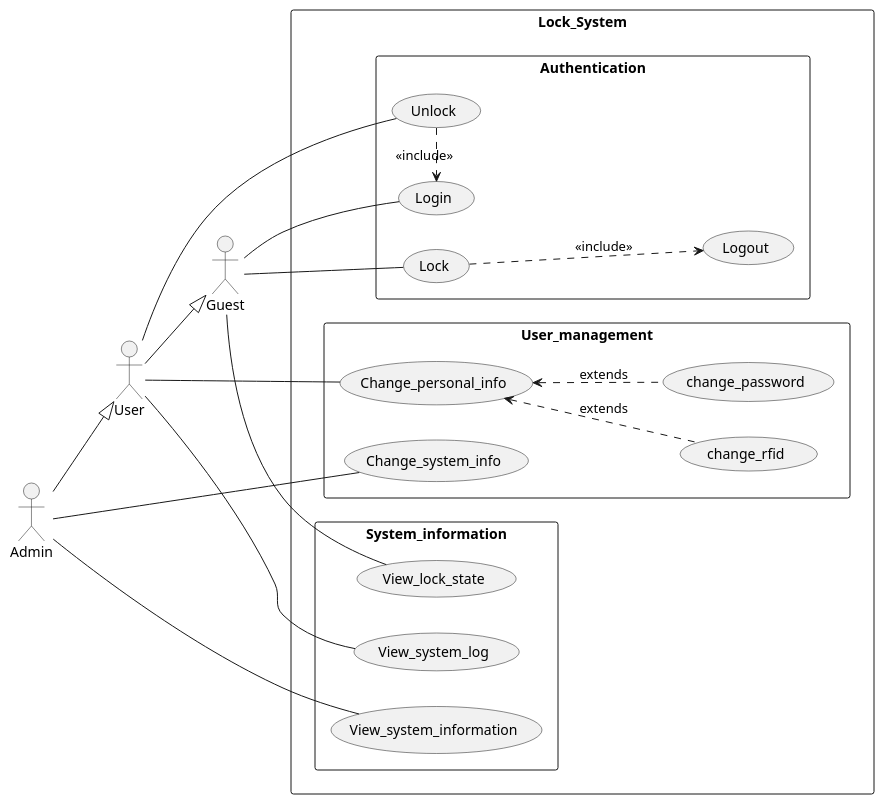
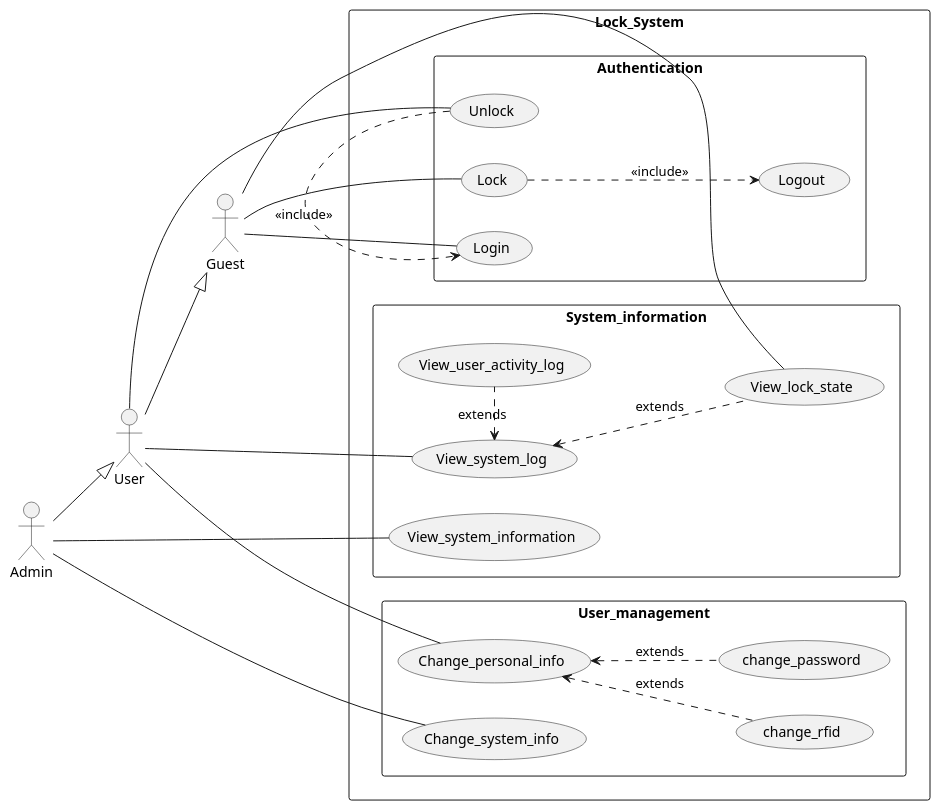
The diagram in final_project/document/usecase_1_full_function.wsd (PDucMinh/Smart-Lock-ITRVN), drawn with PlantUML before and after one commit.

Commit message:
update: add usecase management for uc diagram

```diff
--- a/final_project/document/usecase_1_full_function.wsd
+++ b/final_project/document/usecase_1_full_function.wsd
@@ -1,44 +1,47 @@
 @startuml usecase_1_full_function
 left to right direction
 actor Admin as ad 
 actor User as us 
 actor Guest as gu 
 rectangle Lock_System {
     rectangle Authentication {
         usecase Login as lg  
         usecase Lock as l 
         usecase Unlock as unl 
         usecase Logout as lo 
         unl .> lg : <<include>>
         l ..> lo : <<include>>
     }
     rectangle User_management {
         usecase Change_personal_info as cpi
         usecase Change_system_info as csi 
         usecase change_password
         usecase change_rfid
         cpi <.. change_password : extends
         cpi <.. change_rfid : extends
     }
     rectangle System_information {
         usecase View_system_log as vl 
         usecase View_system_information as vsi 
         usecase View_lock_state as vls  
+        usecase View_user_activity_log as vual
+        vl <. vual : extends
+        vl <.. vls : extends
     }
 }
 
 us --|> gu 
 ad --|> us 
 
 gu -- lg 
 gu -- l 
 gu -- vls 
 
 us -- unl 
 us -- cpi
 us -- vl
 
 ad -- vsi 
 ad -- csi 
 
 @enduml
```
